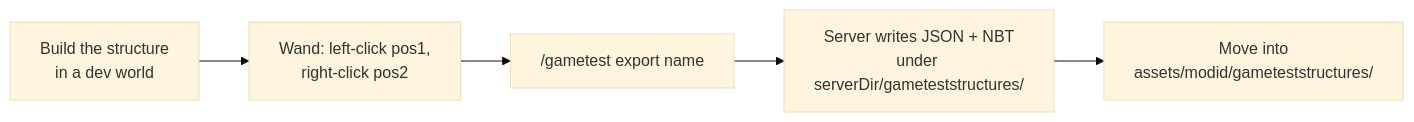
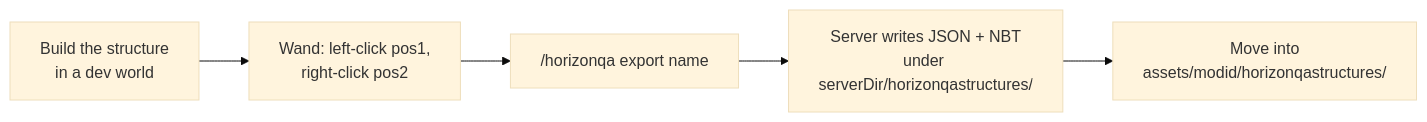
One commit to GTNewHorizons/Horizon-QA changed the diagram in docs/guide/structures.md. Above: the diagram before and after it, drawn with Mermaid (base theme). The commit also changed other lines of this file and 274 other files, not shown here.

````diff
--- a/docs/guide/structures.md
+++ b/docs/guide/structures.md
@@ -40,7 +40,7 @@
 ```mermaid
 flowchart LR
     A[Build the structure<br/>in a dev world] --> B[Wand: left-click pos1,<br/>right-click pos2]
-    B --> C["/gametest export name"]
-    C --> D[Server writes JSON + NBT<br/>under serverDir/gameteststructures/]
-    D --> E[Move into<br/>assets/modid/gameteststructures/]
+    B --> C["/horizonqa export name"]
+    C --> D[Server writes JSON + NBT<br/>under serverDir/horizonqastructures/]
+    D --> E[Move into<br/>assets/modid/horizonqastructures/]
 ```
````
